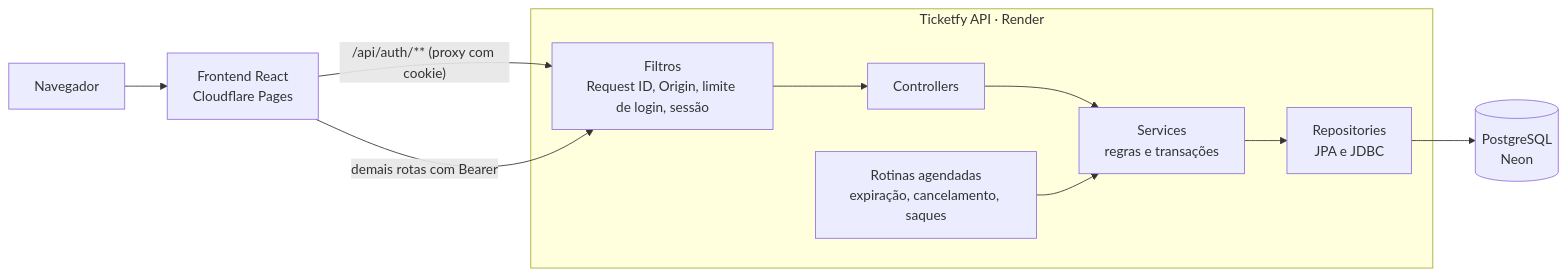
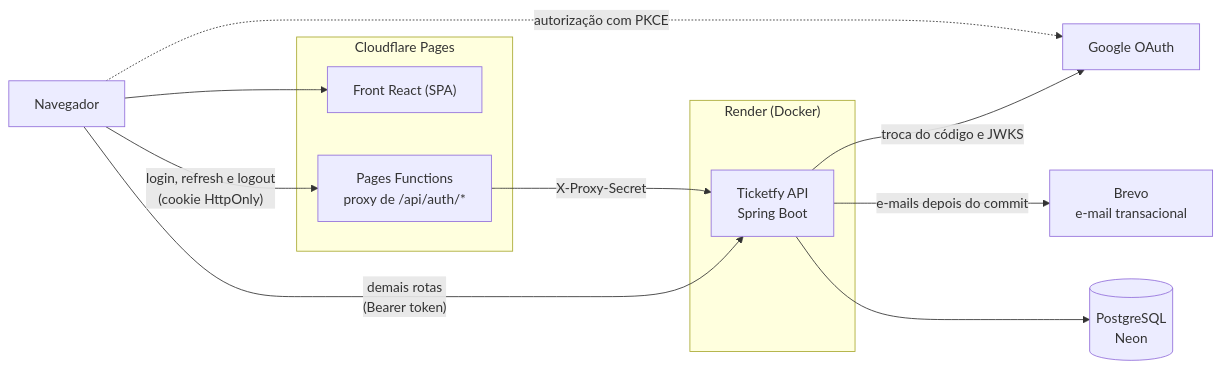
Before and after one commit to rodrigolutfydev/Ticketfy-API: the first of 2 diagrams in README.md, drawn with Mermaid. The commit also changed other lines of this file and 8 other files, not shown here.

````diff
--- a/README.md
+++ b/README.md
@@ -50,13 +84,26 @@
 ```mermaid
 flowchart LR
-    browser["Navegador"] --> pages["Frontend React<br/>Cloudflare Pages"]
-    pages -- "/api/auth/** (proxy com cookie)" --> filters
-    pages -- "demais rotas com Bearer" --> filters
-    subgraph api["Ticketfy API · Render"]
-        filters["Filtros<br/>Request ID, Origin, limite de login, sessão"] --> controllers["Controllers"]
-        controllers --> services["Services<br/>regras e transações"]
-        jobs["Rotinas agendadas<br/>expiração, cancelamento, saques"] --> services
-        services --> repositories["Repositories<br/>JPA e JDBC"]
+    browser["Navegador"]
+
+    subgraph cf["Cloudflare Pages"]
+        spa["Front React (SPA)"]
+        proxy["Pages Functions<br/>proxy de /api/auth/*"]
     end
-    repositories --> db[("PostgreSQL<br/>Neon")]
+
+    subgraph render["Render (Docker)"]
+        api["Ticketfy API<br/>Spring Boot"]
+    end
+
+    db[("PostgreSQL<br/>Neon")]
+    google["Google OAuth"]
+    brevo["Brevo<br/>e-mail transacional"]
+
+    browser --> spa
+    browser -- "login, refresh e logout<br/>(cookie HttpOnly)" --> proxy
+    proxy -- "X-Proxy-Secret" --> api
+    browser -- "demais rotas<br/>(Bearer token)" --> api
+    browser -. "autorização com PKCE" .-> google
+    api -- "troca do código e JWKS" --> google
+    api -- "e-mails depois do commit" --> brevo
+    api --> db
 ```
````
